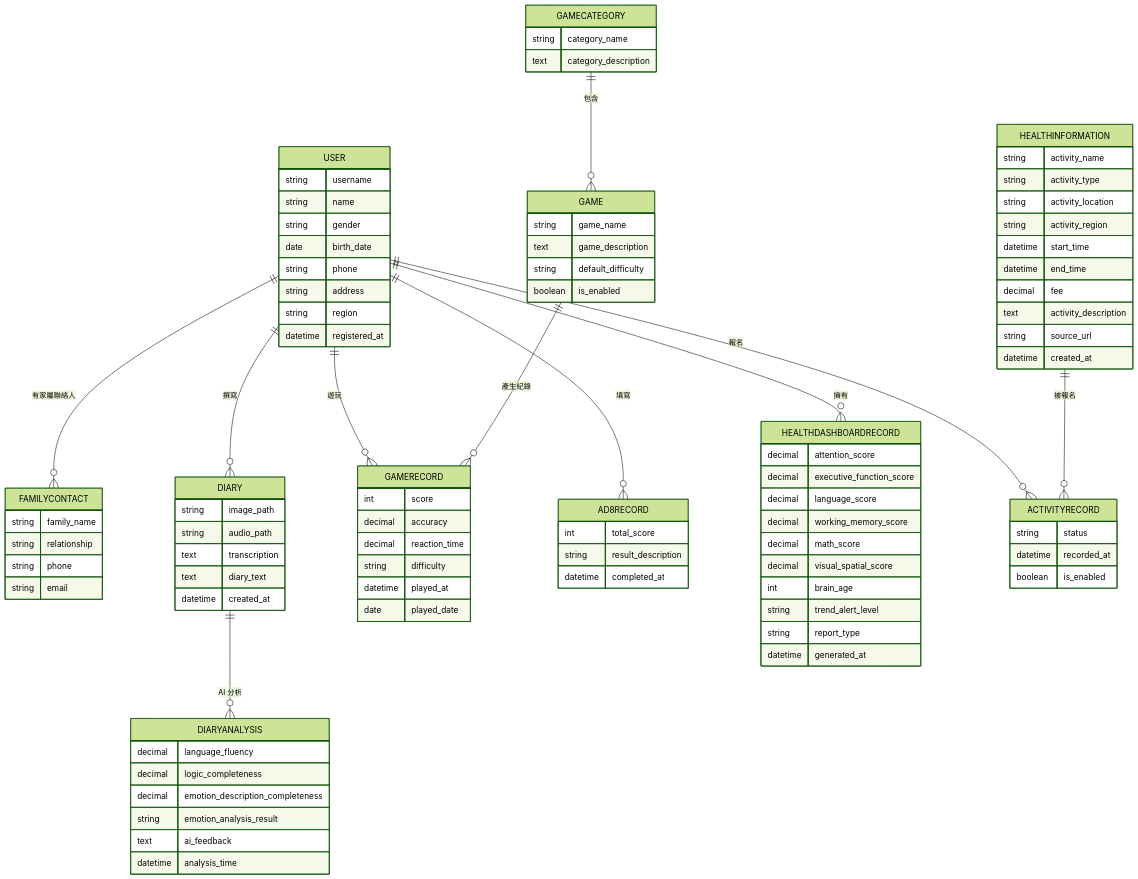
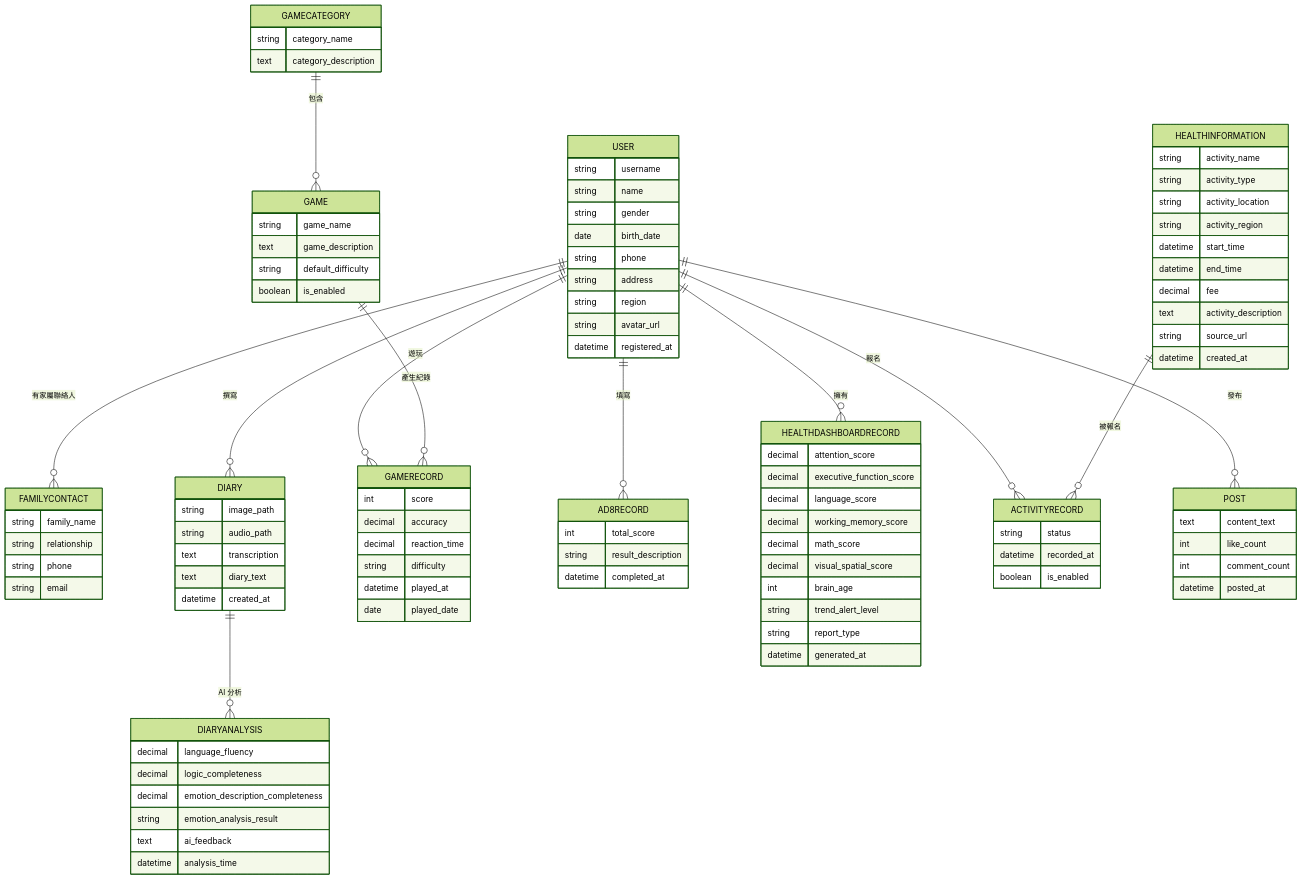
Before and after one commit to LightMemory-Team/LightMemory-Backend: the diagram in README.md, drawn with Mermaid (forest theme). The commit also changed other lines of this file and 6 other files, not shown here.

````diff
--- a/README.md
+++ b/README.md
@@ -87,6 +88,7 @@
     USER ||--o{ AD8RECORD : "填寫"
     USER ||--o{ HEALTHDASHBOARDRECORD : "擁有"
     USER ||--o{ ACTIVITYRECORD : "報名"
+    USER ||--o{ POST : "發布"
 
     DIARY ||--o{ DIARYANALYSIS : "AI 分析"
 
@@ -103,6 +105,7 @@
         string phone
         string address
         string region
+        string avatar_url
         datetime registered_at
     }
 
@@ -188,4 +191,11 @@
         datetime recorded_at
         boolean is_enabled
     }
+
+    POST {
+        text content_text
+        int like_count
+        int comment_count
+        datetime posted_at
+    }
 ```
````
